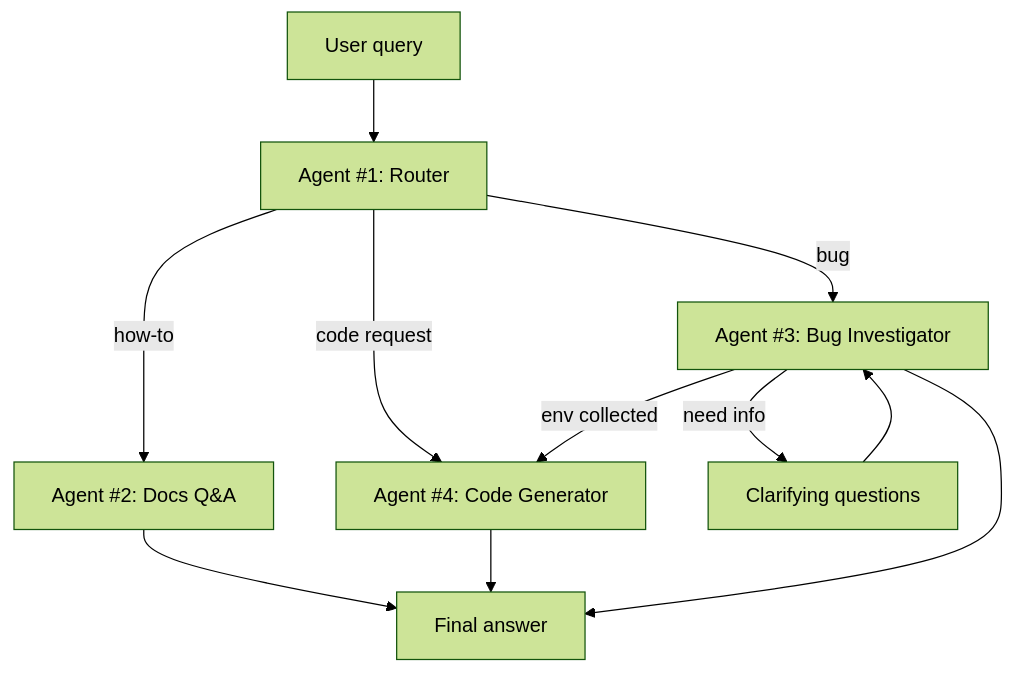
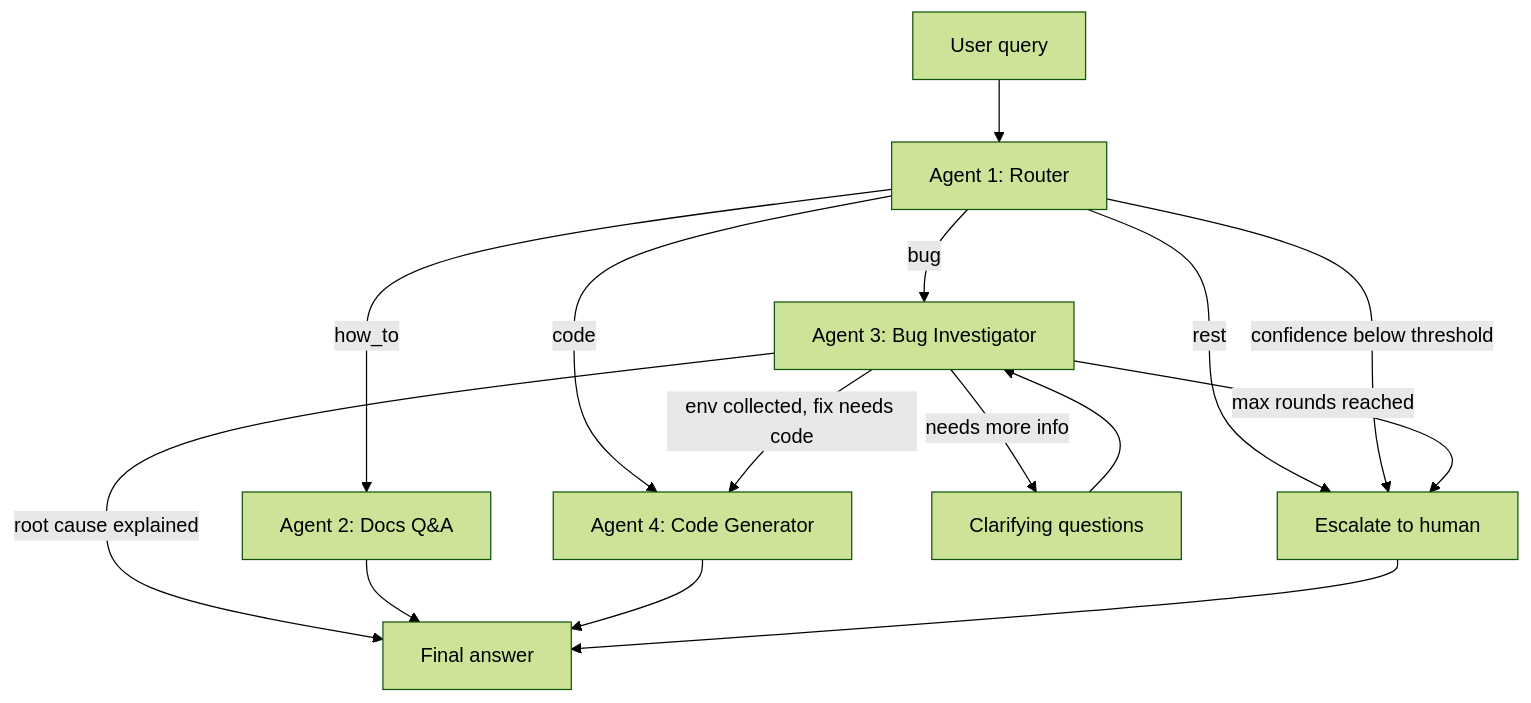
One commit to igorshkov93/project-6-crocoblock-ai-support-agent-v2 changed the diagram in ARCHITECTURE.md. Above: the diagram before and after it, drawn with Mermaid (forest theme). The commit also changed other lines of this file, not shown here.

````diff
--- a/ARCHITECTURE.md
+++ b/ARCHITECTURE.md
@@ -21,13 +19,17 @@
 ```mermaid
 graph TD
-    A[User query] --> B[Agent #1: Router]
-    B -->|how-to| C[Agent #2: Docs Q&A]
-    B -->|bug| D[Agent #3: Bug Investigator]
-    B -->|code request| E[Agent #4: Code Generator]
-    D -->|need info| F[Clarifying questions]
+    A["User query"] --> B["Agent 1: Router"]
+    B -->|how_to| C["Agent 2: Docs Q&A"]
+    B -->|bug| D["Agent 3: Bug Investigator"]
+    B -->|code| E["Agent 4: Code Generator"]
+    B -->|rest| H["Escalate to human"]
+    B -->|confidence below threshold| H
+    D -->|needs more info| F["Clarifying questions"]
     F --> D
-    D -->|env collected| E
-    C --> G[Final answer]
+    D -->|max rounds reached| H
+    D -->|env collected, fix needs code| E
+    D -->|root cause explained| G["Final answer"]
+    C --> G
     E --> G
-    D --> G
+    H --> G
 ```
````
